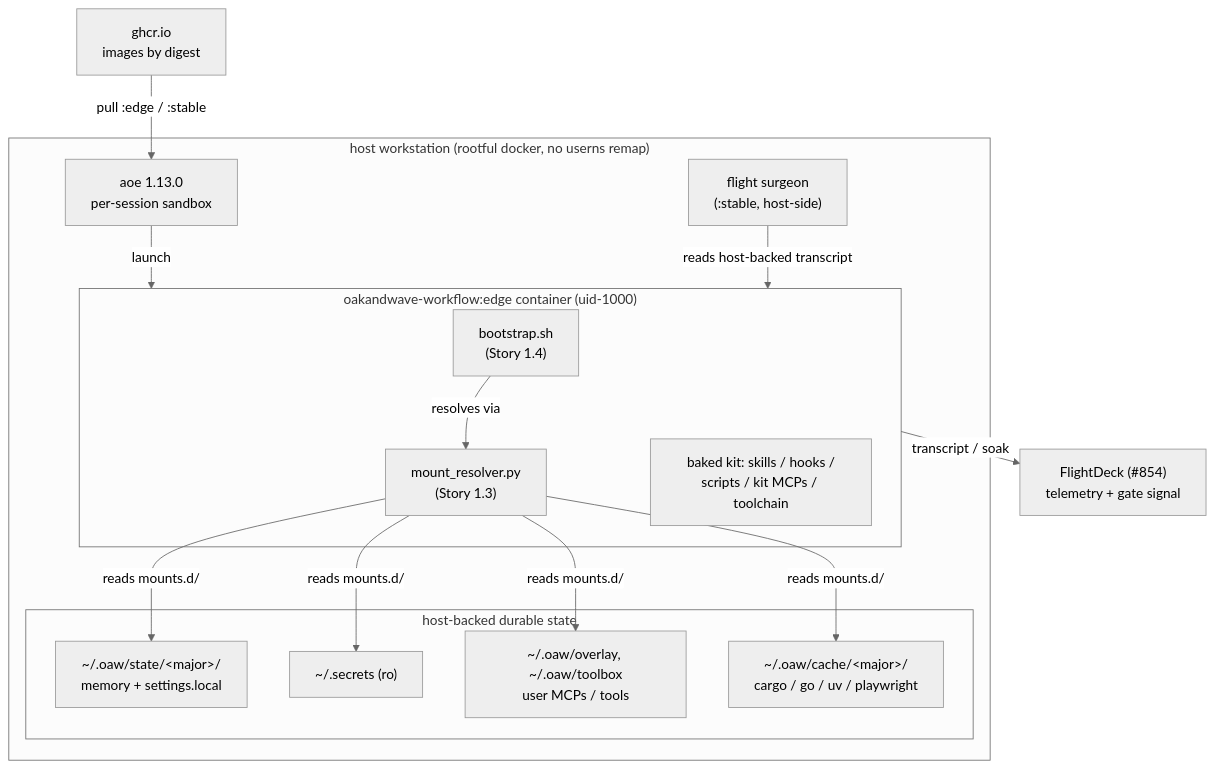
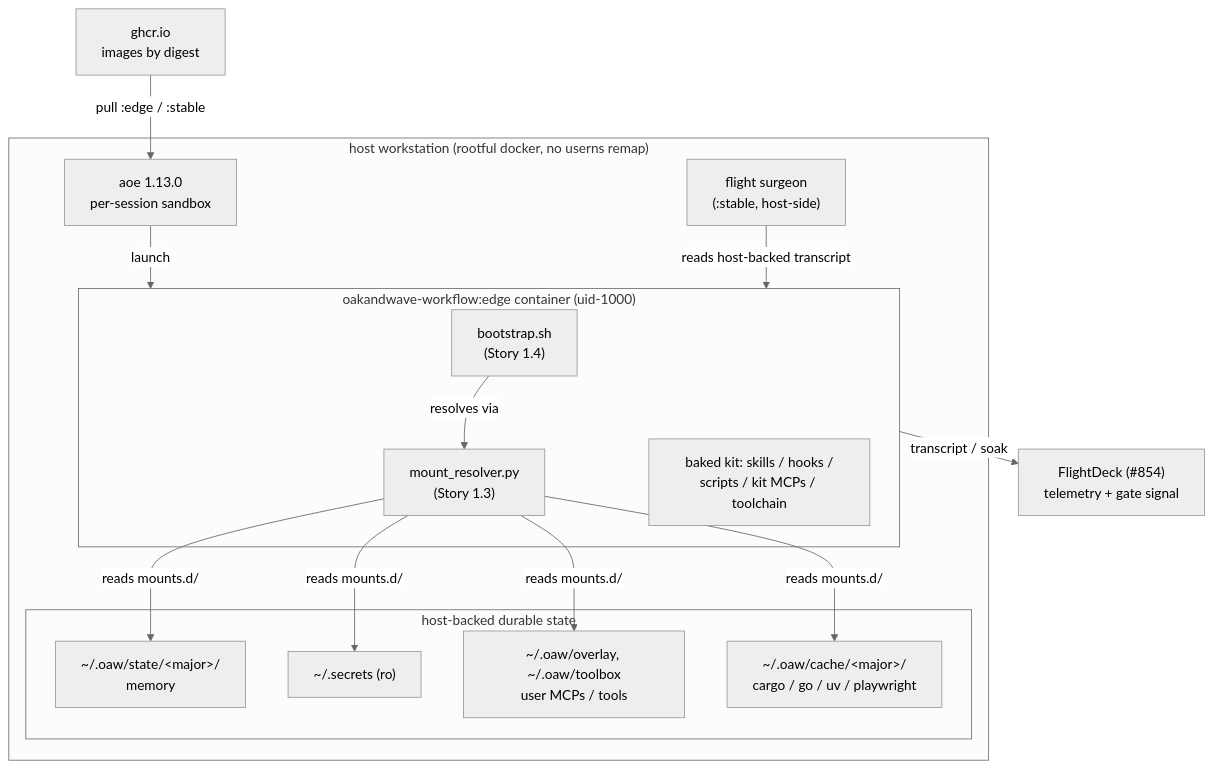
One commit to Wave-Engineering/claudecode-workflow changed the first of 2 diagrams in docs/contained-workflow/architecture.md. Above: the diagram before and after it, drawn with Mermaid (neutral theme). The commit also changed other lines of this file and 8 other files, not shown here.

````diff
--- a/docs/contained-workflow/architecture.md
+++ b/docs/contained-workflow/architecture.md
@@ -26,27 +26,27 @@
 ```mermaid
 flowchart TB
   subgraph host["host workstation (rootful docker, no userns remap)"]
     aoe["aoe 1.13.0<br/>per-session sandbox"]
     surgeon["flight surgeon<br/>(:stable, host-side)"]
     subgraph edge["oakandwave-workflow:edge container (uid-1000)"]
       boot["bootstrap.sh<br/>(Story 1.4)"]
       resolver["mount_resolver.py<br/>(Story 1.3)"]
       kit["baked kit: skills / hooks /<br/>scripts / kit MCPs / toolchain"]
     end
     subgraph hoststate["host-backed durable state"]
-      mem["~/.oaw/state/&lt;major&gt;/<br/>memory + settings.local"]
+      mem["~/.oaw/state/&lt;major&gt;/<br/>memory"]
       sec["~/.secrets (ro)"]
       overlay["~/.oaw/overlay, ~/.oaw/toolbox<br/>user MCPs / tools"]
       caches["~/.oaw/cache/&lt;major&gt;/<br/>cargo / go / uv / playwright"]
     end
   end
   ghcr["ghcr.io<br/>images by digest"]
   flightdeck["FlightDeck (#854)<br/>telemetry + gate signal"]
 
   aoe -->|launch| edge
   resolver -->|reads mounts.d/| mem & sec & overlay & caches
   boot -->|resolves via| resolver
   surgeon -->|reads host-backed transcript| edge
   ghcr -->|pull :edge / :stable| aoe
   edge -->|transcript / soak| flightdeck
 ```
````
